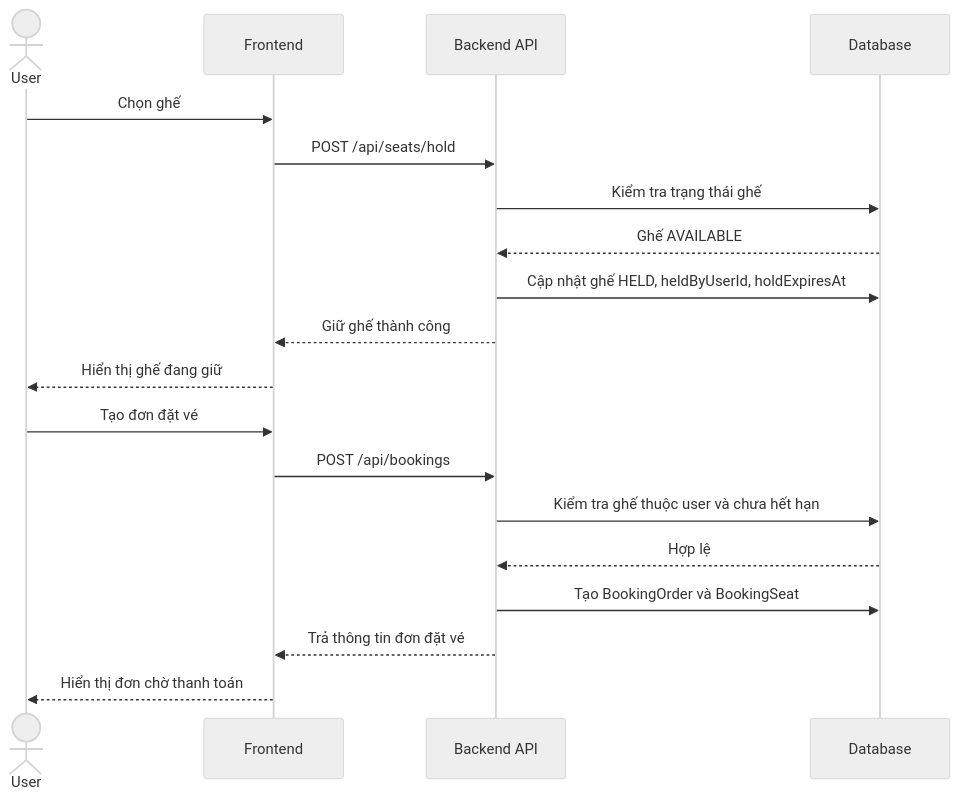
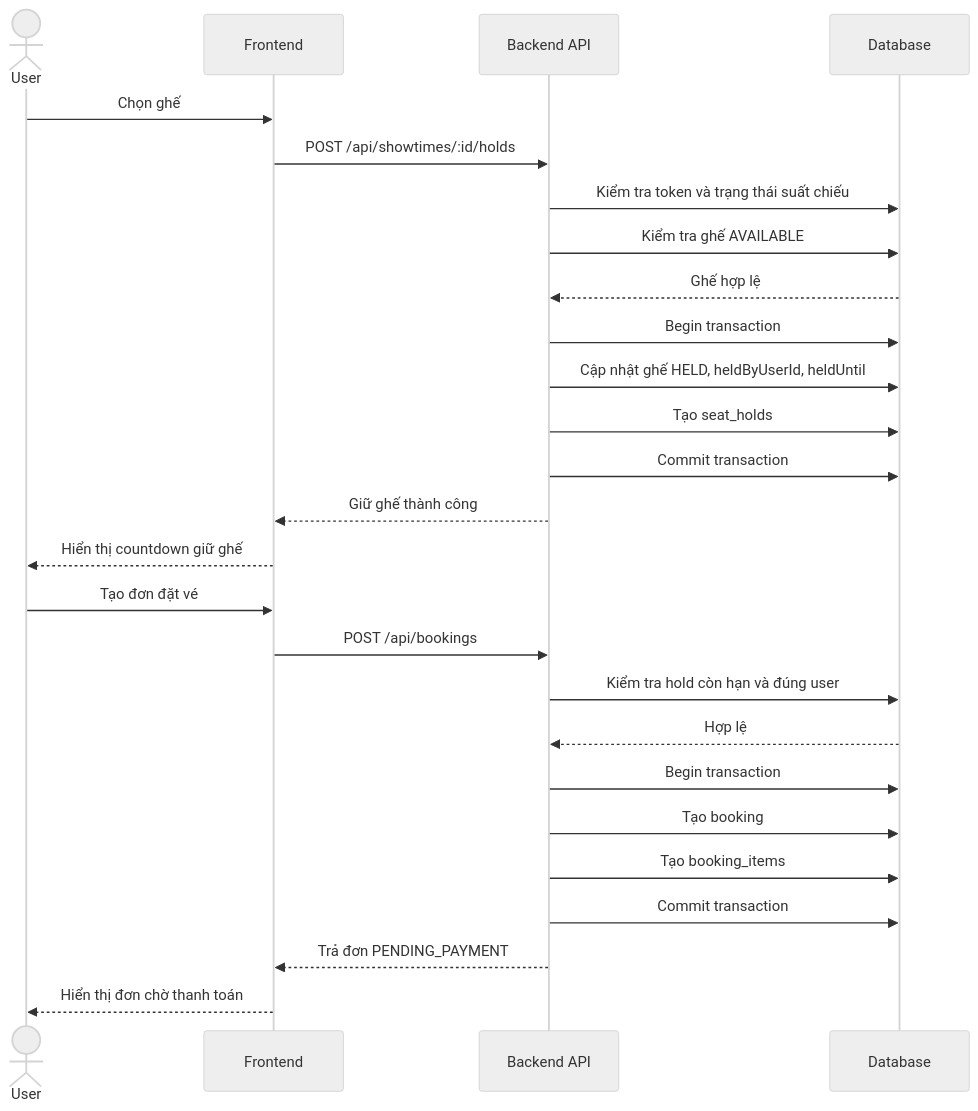
Before and after one commit to Minhhanh-zit/CNPM: the fourth of 5 diagrams in .github/Tuần 3/[BA,DA-Child] Phân tích nghiệp vụ, đặc tả API, sơ đồ và test case/Ptich.md, drawn with Mermaid (neutral theme). The commit also changed other lines of this file, not shown here.

````diff
--- a/.github/Tuần 3/[BA,DA-Child] Phân tích nghiệp vụ, đặc tả API, sơ đồ và test case/Ptich.md
+++ b/.github/Tuần 3/[BA,DA-Child] Phân tích nghiệp vụ, đặc tả API, sơ đồ và test case/Ptich.md
@@ -432,23 +698,30 @@
 ```mermaid
 sequenceDiagram
     actor User
     participant FE as Frontend
     participant BE as Backend API
     participant DB as Database
 
     User->>FE: Chọn ghế
-    FE->>BE: POST /api/seats/hold
-    BE->>DB: Kiểm tra trạng thái ghế
-    DB-->>BE: Ghế AVAILABLE
-    BE->>DB: Cập nhật ghế HELD, heldByUserId, holdExpiresAt
+    FE->>BE: POST /api/showtimes/:id/holds
+    BE->>DB: Kiểm tra token và trạng thái suất chiếu
+    BE->>DB: Kiểm tra ghế AVAILABLE
+    DB-->>BE: Ghế hợp lệ
+    BE->>DB: Begin transaction
+    BE->>DB: Cập nhật ghế HELD, heldByUserId, heldUntil
+    BE->>DB: Tạo seat_holds
+    BE->>DB: Commit transaction
     BE-->>FE: Giữ ghế thành công
-    FE-->>User: Hiển thị ghế đang giữ
+    FE-->>User: Hiển thị countdown giữ ghế
 
     User->>FE: Tạo đơn đặt vé
     FE->>BE: POST /api/bookings
-    BE->>DB: Kiểm tra ghế thuộc user và chưa hết hạn
+    BE->>DB: Kiểm tra hold còn hạn và đúng user
     DB-->>BE: Hợp lệ
-    BE->>DB: Tạo BookingOrder và BookingSeat
-    BE-->>FE: Trả thông tin đơn đặt vé
+    BE->>DB: Begin transaction
+    BE->>DB: Tạo booking
+    BE->>DB: Tạo booking_items
+    BE->>DB: Commit transaction
+    BE-->>FE: Trả đơn PENDING_PAYMENT
     FE-->>User: Hiển thị đơn chờ thanh toán
 ```
````
